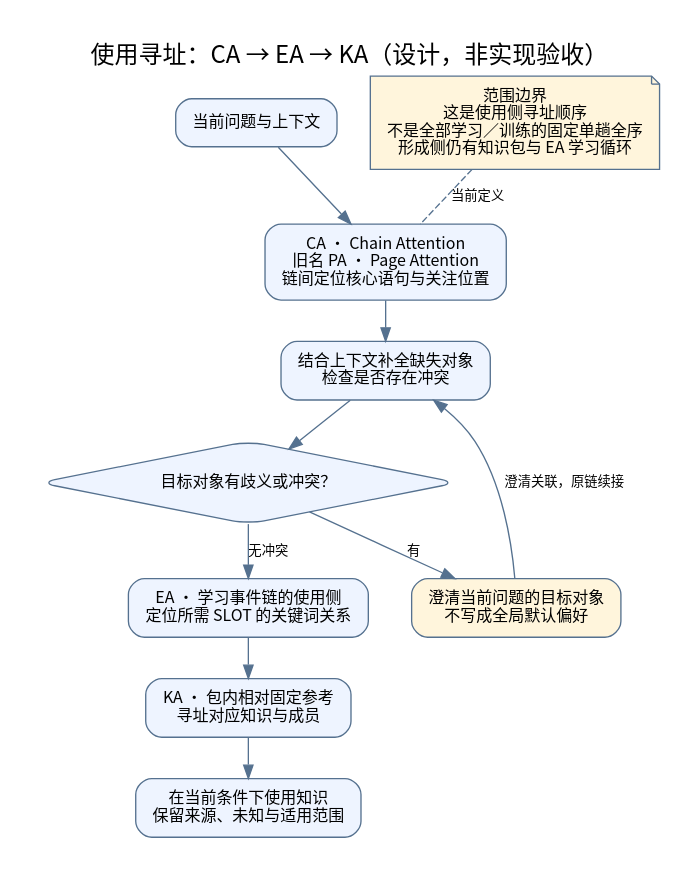
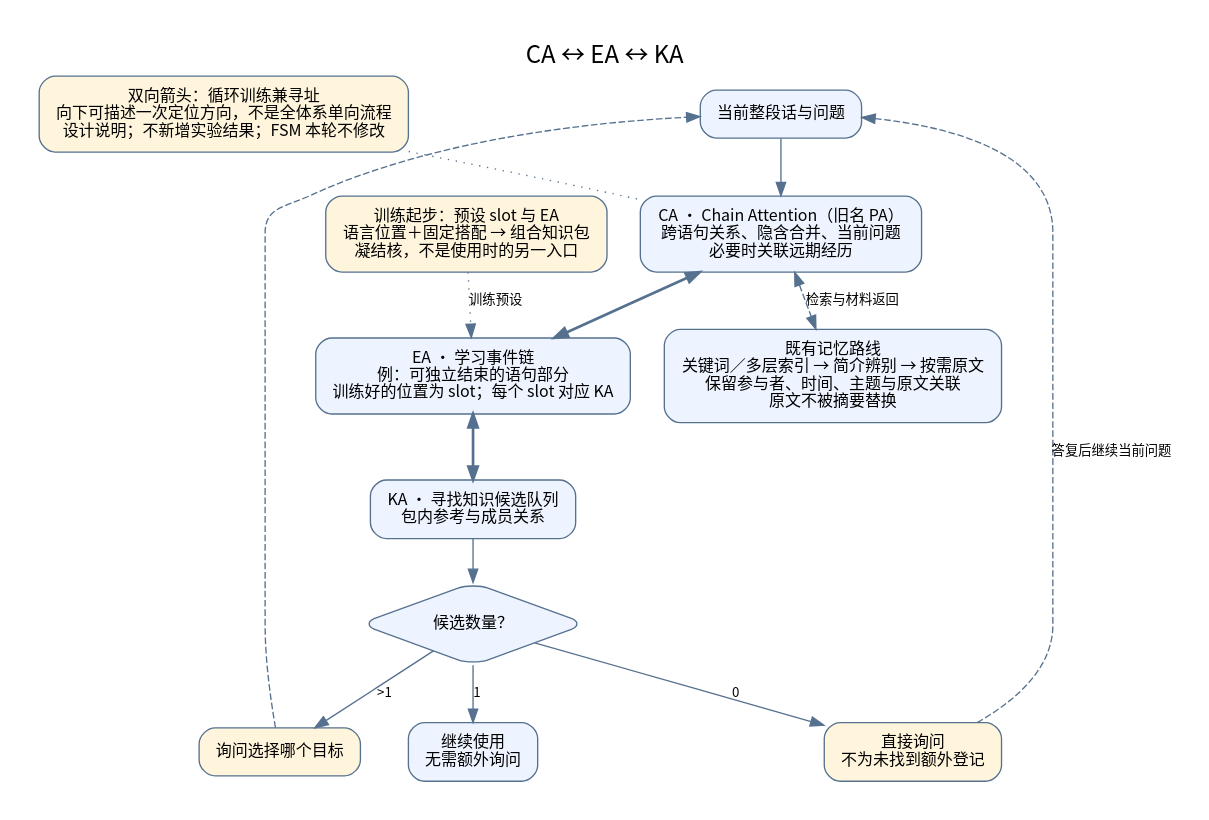
One commit to zhangyinghao977-beep/ai-memory-agent-framework changed the diagram in docs/diagrams/use-addressing.zh.dot. Above: the diagram before and after it, drawn with Graphviz. The commit also changed 14 other files, not shown here.

Commit message:
docs: clarify bidirectional CA EA KA and memory retrieval; preserve FSM

```diff
--- a/docs/diagrams/use-addressing.zh.dot
+++ b/docs/diagrams/use-addressing.zh.dot
@@ -1,23 +1,28 @@
 digraph G {
-graph [rankdir=TB, bgcolor="#ffffff", pad="0.3", nodesep="0.35", ranksep="0.4", fontname="Noto Sans CJK SC", fontsize=18, labelloc=t, label="使用寻址：CA → EA → KA（设计，非实现验收）"];
+graph [rankdir=TB, bgcolor="white", pad="0.3", nodesep="0.35", ranksep="0.45", fontname="Noto Sans CJK SC", fontsize=18, labelloc=t, label="CA ↔ EA ↔ KA"];
 node [shape=box, style="rounded,filled", fillcolor="#eef4ff", color="#55718f", fontname="Noto Sans CJK SC", fontsize=12, margin="0.16,0.12"];
 edge [color="#55718f", fontname="Noto Sans CJK SC", fontsize=10];
-input [label="当前问题与上下文"];
-ca [label="CA · Chain Attention\n旧名 PA · Page Attention\n链间定位核心语句与关注位置"];
-context [label="结合上下文补全缺失对象\n检查是否存在冲突"];
-conflict [label="目标对象有歧义或冲突？",shape=diamond];
-clarify [label="澄清当前问题的目标对象\n不写成全局默认偏好",fillcolor="#fff5dc"];
-ea [label="EA · 学习事件链的使用侧\n定位所需 SLOT 的关键词关系"];
-ka [label="KA · 包内相对固定参考\n寻址对应知识与成员"];
-output [label="在当前条件下使用知识\n保留来源、未知与适用范围"];
-note [label="范围边界\n这是使用侧寻址顺序\n不是全部学习／训练的固定单趟全序\n形成侧仍有知识包与 EA 学习循环",shape=note,fillcolor="#fff5dc"];
+input [label="当前整段话与问题"];
+seed [label="训练起步：预设 slot 与 EA\n语言位置＋固定搭配 → 组合知识包\n凝结核，不是使用时的另一入口",fillcolor="#fff5dc"];
+ca [label="CA · Chain Attention（旧名 PA）\n跨语句关系、隐含合并、当前问题\n必要时关联远期经历"];
+ea [label="EA · 学习事件链\n例：可独立结束的语句部分\n训练好的位置为 slot；每个 slot 对应 KA"];
+ka [label="KA · 寻找知识候选队列\n包内参考与成员关系"];
+memory [label="既有记忆路线\n关键词／多层索引 → 简介辨别 → 按需原文\n保留参与者、时间、主题与原文关联\n原文不被摘要替换"];
+count [label="候选数量？",shape=diamond];
+none [label="直接询问\n不为未找到额外登记",fillcolor="#fff5dc"];
+many [label="询问选择哪个目标",fillcolor="#fff5dc"];
+one [label="继续使用\n无需额外询问"];
+note [label="双向箭头：循环训练兼寻址\n向下可描述一次定位方向，不是全体系单向流程\n设计说明；不新增实验结果；FSM 本轮不修改",fillcolor="#fff5dc"];
 input -> ca;
-ca -> context;
-context -> conflict;
-conflict -> clarify [label="有"];
-clarify -> context [label="澄清关联，原链续接"];
-conflict -> ea [label="无冲突"];
-ea -> ka;
-ka -> output;
-note -> ca [style=dashed,arrowhead=none,label="当前定义"];
+ca -> ea [dir=both,penwidth=2];
+ea -> ka [dir=both,penwidth=2];
+seed -> ea [style=dotted,label="训练预设"];
+ca -> memory [dir=both,style=dashed,label="检索与材料返回"];
+ka -> count;
+count -> none [label="0"];
+count -> one [label="1"];
+count -> many [label=">1"];
+none -> input [style=dashed,label="答复后继续当前问题"];
+many -> input [style=dashed];
+note -> ca [style=dotted,arrowhead=none];
 }
```
